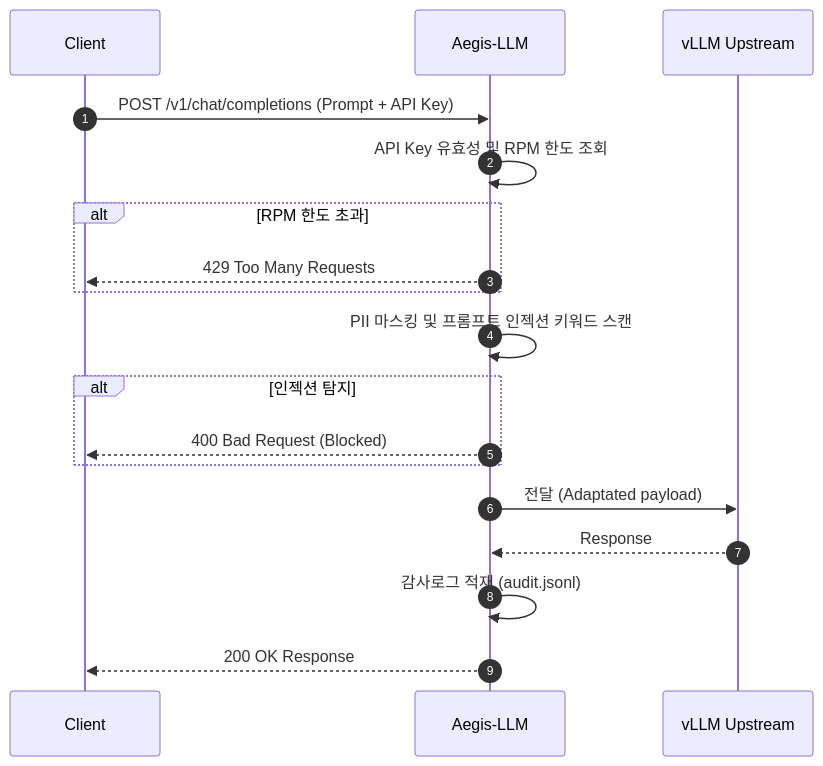
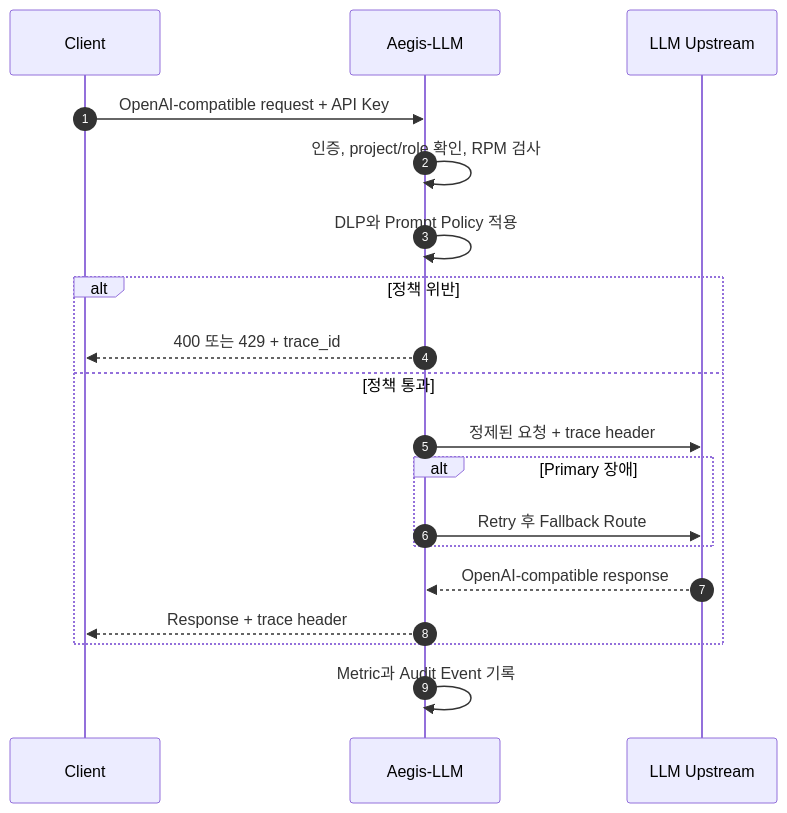
Before and after one commit to devcy0922/devcy0922.github.io: the second of 2 diagrams in docs/projects/aegis-llm.md, drawn with Mermaid. The commit also changed other lines of this file and 7 other files, not shown here.

````diff
--- a/docs/projects/aegis-llm.md
+++ b/docs/projects/aegis-llm.md
@@ -45,21 +46,21 @@
 ```mermaid
 sequenceDiagram
     autonumber
-    participant Client as Client
+    participant Client
     participant Aegis as Aegis-LLM
-    participant Upstream as vLLM Upstream
-
-    Client->>Aegis: POST /v1/chat/completions (Prompt + API Key)
-    Aegis->>Aegis: API Key 유효성 및 RPM 한도 조회
-    alt RPM 한도 초과
-        Aegis-->>Client: 429 Too Many Requests
+    participant LLM as LLM Upstream
+    Client->>Aegis: OpenAI-compatible request + API Key
+    Aegis->>Aegis: 인증, project/role 확인, RPM 검사
+    Aegis->>Aegis: DLP와 Prompt Policy 적용
+    alt 정책 위반
+        Aegis-->>Client: 400 또는 429 + trace_id
+    else 정책 통과
+        Aegis->>LLM: 정제된 요청 + trace header
+        alt Primary 장애
+            Aegis->>LLM: Retry 후 Fallback Route
+        end
+        LLM-->>Aegis: OpenAI-compatible response
+        Aegis-->>Client: Response + trace header
     end
-    Aegis->>Aegis: PII 마스킹 및 프롬프트 인젝션 키워드 스캔
-    alt 인젝션 탐지
-        Aegis-->>Client: 400 Bad Request (Blocked)
-    end
-    Aegis->>Upstream: 전달 (Adaptated payload)
-    Upstream-->>Aegis: Response
-    Aegis->>Aegis: 감사로그 적재 (audit.jsonl)
-    Aegis-->>Client: 200 OK Response
+    Aegis->>Aegis: Metric과 Audit Event 기록
 ```
````
